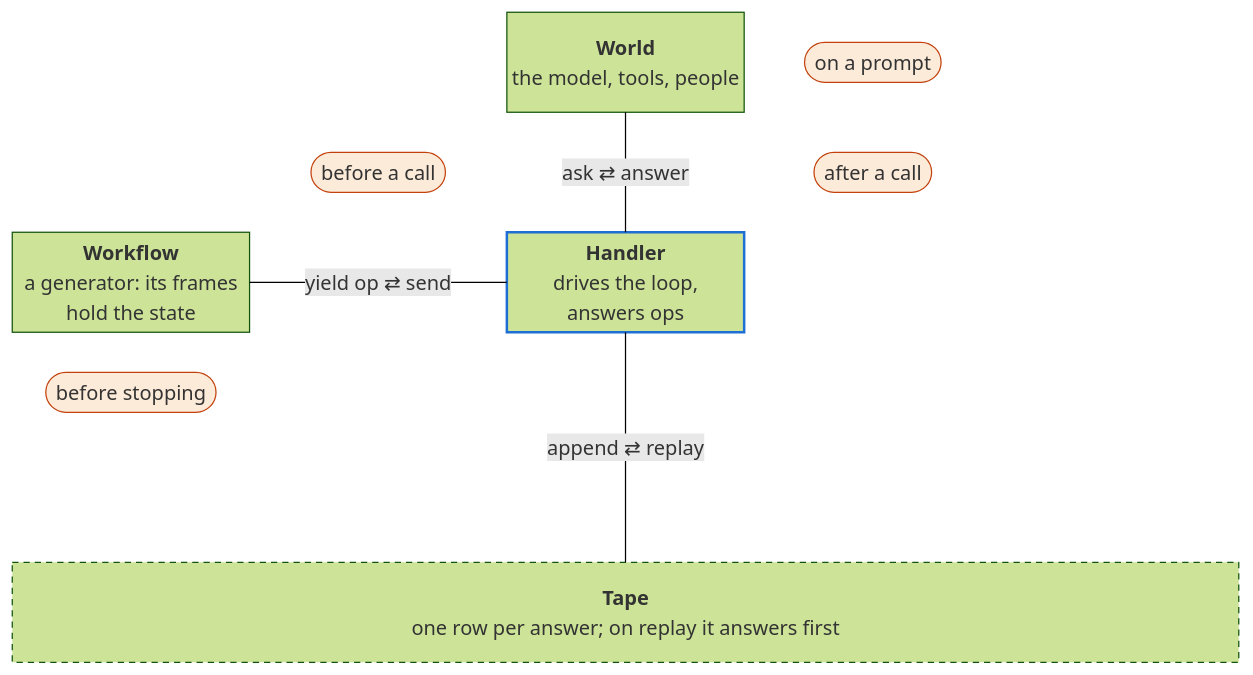
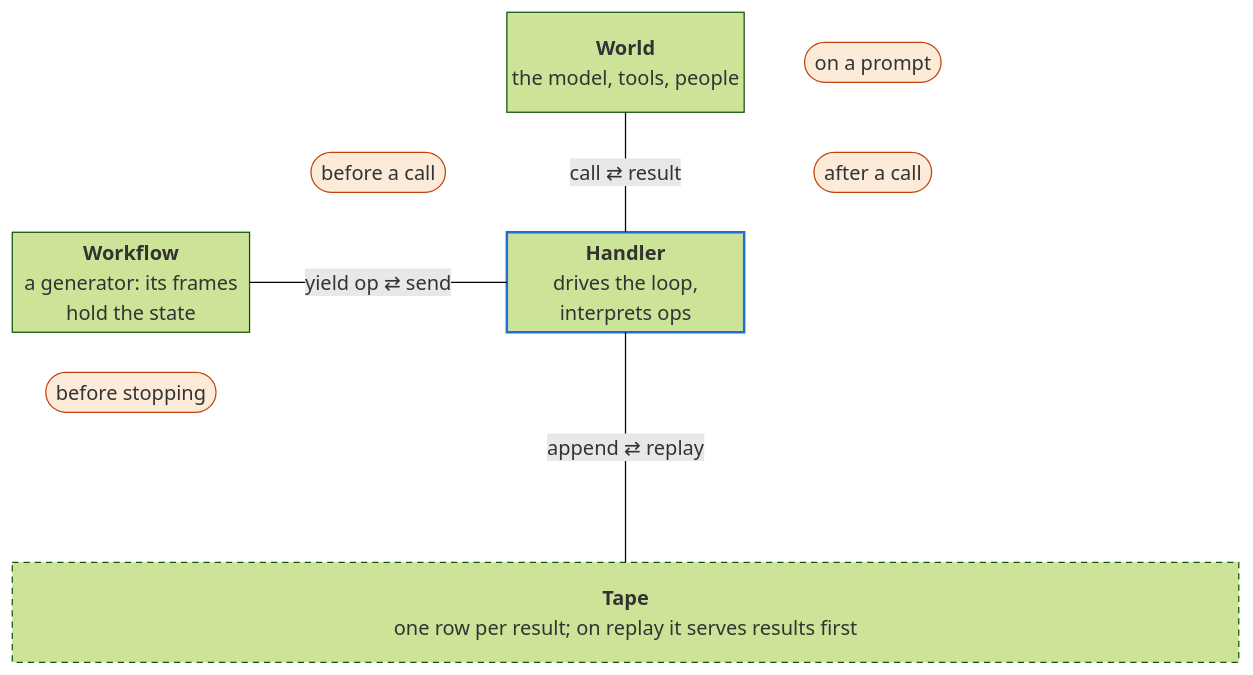
One commit to jimbaker/effective changed the first of 2 diagrams in README.md. Above: the diagram before and after it, drawn with Mermaid (forest theme). The commit also changed other lines of this file and 2 other files, not shown here.

Commit message:
docs(readme): call model output a response, and say a handler interprets ops

````diff
--- a/README.md
+++ b/README.md
@@ -22,19 +22,19 @@
 ```mermaid
 block-beta
     columns 5
     space:2 world["<b>World</b><br/>the model, tools, people"] prompt(["on a prompt"]) space
     space before(["before a call"]) space after(["after a call"]) space
-    workflow["<b>Workflow</b><br/>a generator: its frames<br/>hold the state"] space handler["<b>Handler</b><br/>drives the loop,<br/>answers ops"] space:2
+    workflow["<b>Workflow</b><br/>a generator: its frames<br/>hold the state"] space handler["<b>Handler</b><br/>drives the loop,<br/>interprets ops"] space:2
     stopping(["before stopping"]) space:4
     space:5
-    tape["<b>Tape</b><br/>one row per answer; on replay it answers first"]:5
+    tape["<b>Tape</b><br/>one row per result; on replay it serves results first"]:5
     workflow -- "yield op ⇄ send" --- handler
-    handler -- "ask ⇄ answer" --- world
+    handler -- "call ⇄ result" --- world
     handler -- "append ⇄ replay" --- tape
     classDef hook fill:#fdebd9,stroke:#c2410c,color:#9a3412
     classDef hub stroke:#1d6fd6,stroke-width:2px
     classDef dashed stroke-dasharray:5 4
     class before,after,prompt,stopping hook
     class handler hub
     class tape dashed
 ```
````
